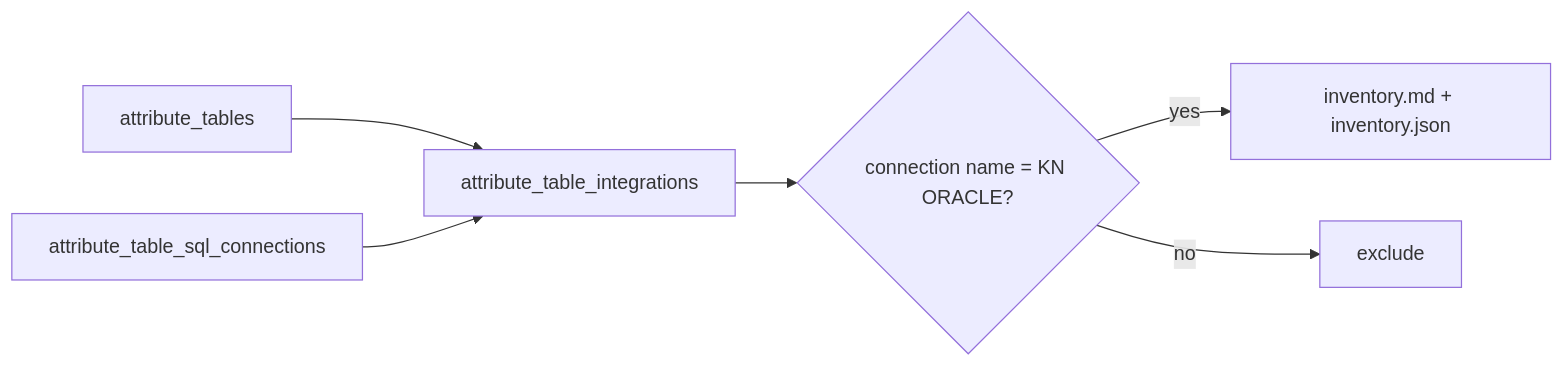
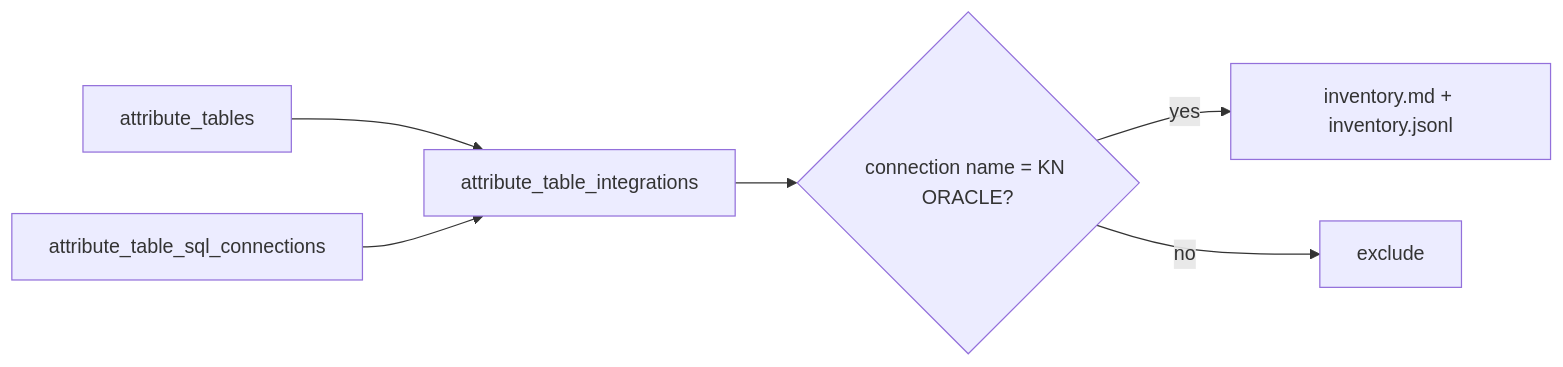
Before and after one commit to MatevzVidovic/on_the_fly: the third of 6 diagrams in KN_deltas_reason/Ideas_and_architecture.md, drawn with Mermaid. The commit also changed other lines of this file and 11 other files, not shown here.

````diff
--- a/KN_deltas_reason/Ideas_and_architecture.md
+++ b/KN_deltas_reason/Ideas_and_architecture.md
@@ -50,8 +50,8 @@
 ```mermaid
 flowchart LR
   A[attribute_tables] --> C[attribute_table_integrations]
   B[attribute_table_sql_connections] --> C
   C --> D{connection name = KN ORACLE?}
-  D -- yes --> E[inventory.md + inventory.json]
+  D -- yes --> E[inventory.md + inventory.jsonl]
   D -- no --> X[exclude]
 ```
````
